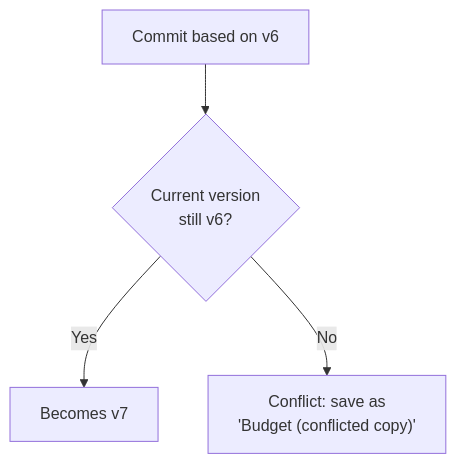
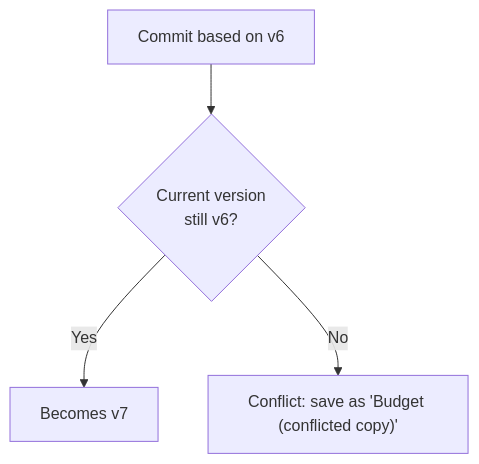
One commit to gitussr/systemly changed the fifth of 7 diagrams in content/12-case-studies/12.06-file-storage-system.md. Above: the diagram before and after it, drawn with Mermaid. The commit also changed other lines of this file and 5 other files, not shown here.

First line of the commit message:
Level 12: drop manual line breaks in long diagram labels

````diff
--- a/content/12-case-studies/12.06-file-storage-system.md
+++ b/content/12-case-studies/12.06-file-storage-system.md
@@ -297,8 +297,8 @@
 ```mermaid
 flowchart TD
   accTitle: Detecting a conflicting commit
   accDescr: A device commits a new version based on version 6; if the current version is still 6, the commit succeeds as version 7; if another device already committed version 7, the commit is rejected as a conflict and saved as a separate conflicted copy.
   C["Commit based on v6"] --> Q{"Current version<br/>still v6?"}
   Q -->|"Yes"| OK["Becomes v7"]
-  Q -->|"No"| CF["Conflict: save as<br/>'Budget (conflicted copy)'"]
+  Q -->|"No"| CF["Conflict: save as 'Budget (conflicted copy)'"]
 ```
````
